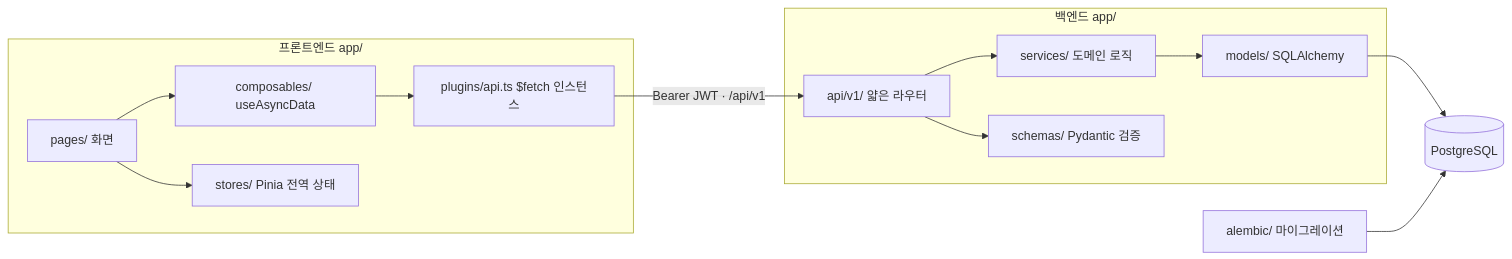
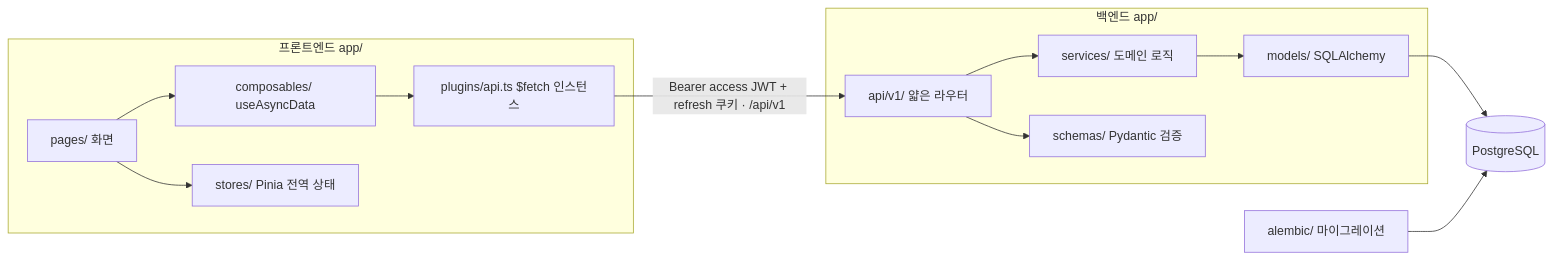
One commit to al8bright/fastapi-nuxt-pg-starter changed the fourth of 4 diagrams in README.md. Above: the diagram before and after it, drawn with Mermaid. The commit also changed other lines of this file and 32 other files, not shown here.

````diff
--- a/README.md
+++ b/README.md
@@ -122,16 +124,16 @@
 ```mermaid
 flowchart LR
     subgraph FE["프론트엔드 app/"]
       PG["pages/ 화면"] --> CO["composables/ useAsyncData"]
       CO --> API["plugins/api.ts $fetch 인스턴스"]
       PG --> ST["stores/ Pinia 전역 상태"]
     end
     subgraph BE["백엔드 app/"]
       RR["api/v1/ 얇은 라우터"] --> SV["services/ 도메인 로직"]
       RR --> SC["schemas/ Pydantic 검증"]
       SV --> MD["models/ SQLAlchemy"]
     end
-    API -->|"Bearer JWT · /api/v1"| RR
+    API -->|"Bearer access JWT + refresh 쿠키 · /api/v1"| RR
     MD --> DB[("PostgreSQL")]
     AL["alembic/ 마이그레이션"] --> DB
 ```
````
